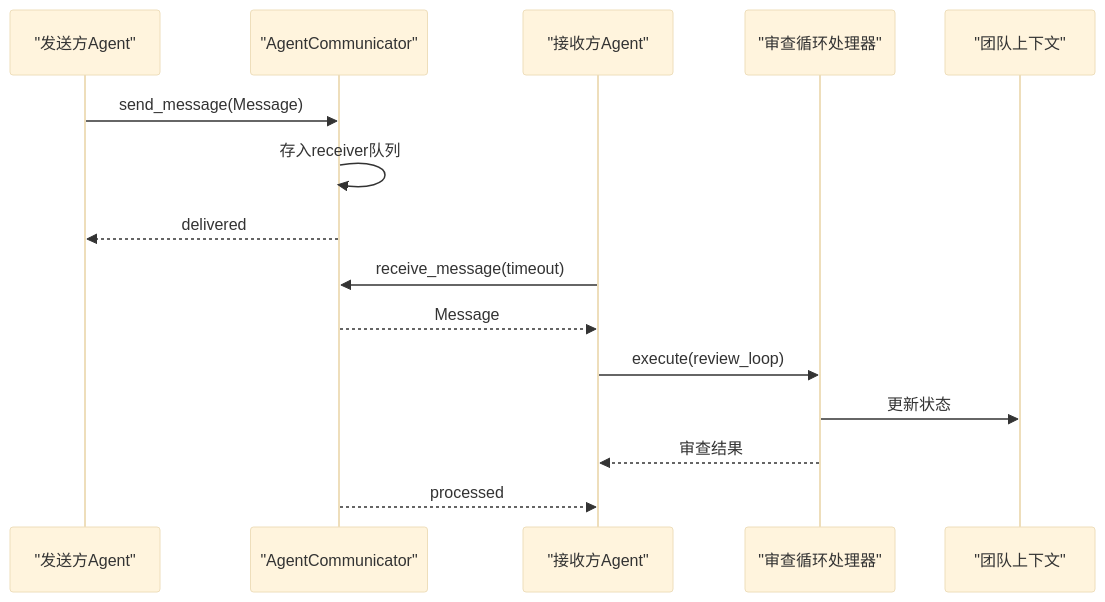
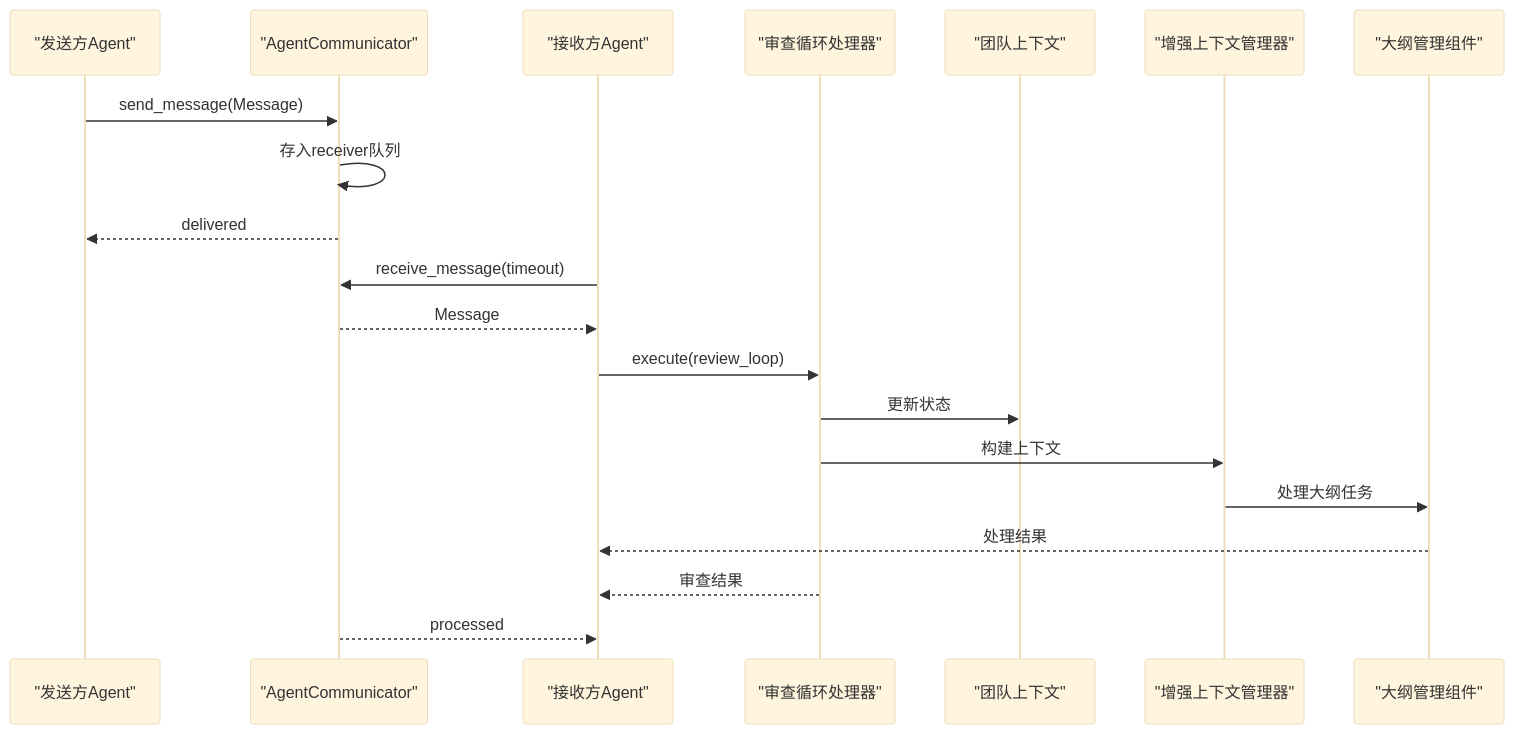
Diagram 15 of 16 in .qoder/repowiki/zh/content/AI智能体系统/AI智能体系统.md (xfbyxq/ai-novel-system), drawn with Mermaid (base theme) before and after one commit. The commit also changed other lines of this file and 6 other files, not shown here.

First line of the commit message:
feat(architecture): 完善智能体系统核心组件与架构文档

````diff
--- a/.qoder/repowiki/zh/content/AI智能体系统/AI智能体系统.md
+++ b/.qoder/repowiki/zh/content/AI智能体系统/AI智能体系统.md
@@ -759,17 +1025,22 @@
 ```mermaid
 sequenceDiagram
 participant Sender as "发送方Agent"
 participant Comm as "AgentCommunicator"
 participant Receiver as "接收方Agent"
 participant Review as "审查循环处理器"
 participant Context as "团队上下文"
+participant ECM as "增强上下文管理器"
+participant Outline as "大纲管理组件"
 Sender->>Comm : send_message(Message)
 Comm->>Comm : 存入receiver队列
 Comm-->>Sender : delivered
 Receiver->>Comm : receive_message(timeout)
 Comm-->>Receiver : Message
 Receiver->>Review : execute(review_loop)
 Review->>Context : 更新状态
+Review->>ECM : 构建上下文
+ECM->>Outline : 处理大纲任务
+Outline-->>Receiver : 处理结果
 Review-->>Receiver : 审查结果
 Comm-->>Receiver : processed
 ```
````
